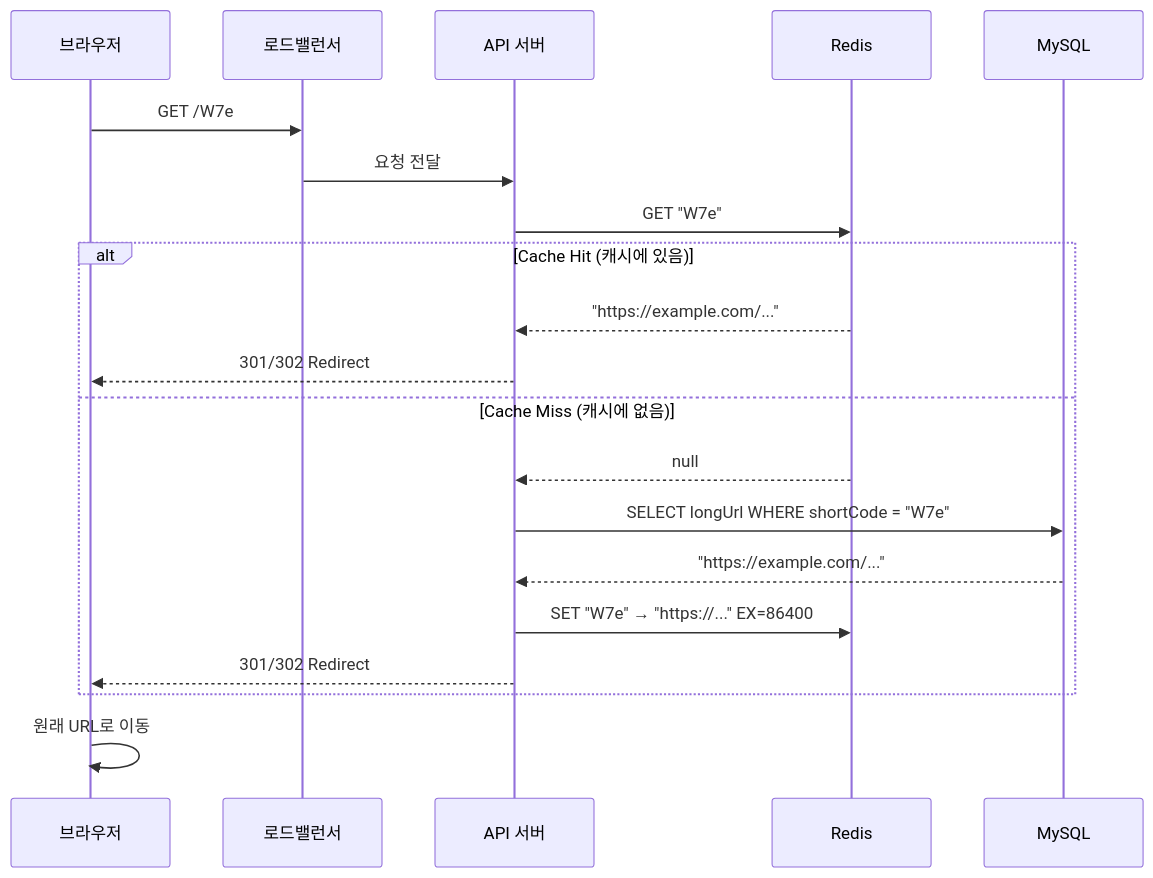
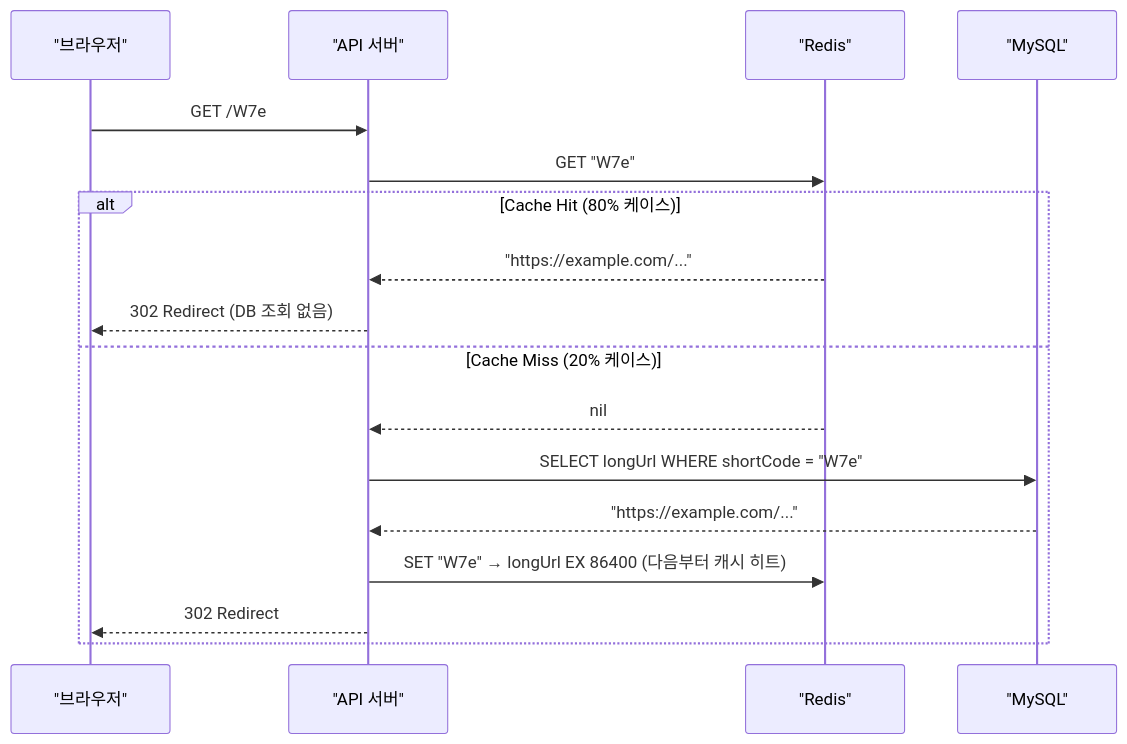
The fourth of 7 diagrams in _posts/systemdesign/2026-05-02-system-design-url-shortener.md (yjkim2015/yjkim2015.github.io), drawn with Mermaid before and after one commit. The commit also changed other lines of this file and 122 other files, not shown here.

````diff
--- a/_posts/systemdesign/2026-05-02-system-design-url-shortener.md
+++ b/_posts/systemdesign/2026-05-02-system-design-url-shortener.md
@@ -203,26 +152,20 @@
 ```mermaid
 sequenceDiagram
-    participant C as 브라우저
-    participant LB as 로드밸런서
-    participant API as API 서버
-    participant Cache as Redis
-    participant DB as MySQL
+    participant C as "브라우저"
+    participant API as "API 서버"
+    participant Cache as "Redis"
+    participant DB as "MySQL"
 
-    C->>LB: GET /W7e
-    LB->>API: 요청 전달
-
+    C->>API: GET /W7e
     API->>Cache: GET "W7e"
-
-    alt Cache Hit (캐시에 있음)
+    alt Cache Hit (80% 케이스)
         Cache-->>API: "https://example.com/..."
-        API-->>C: 301/302 Redirect
-    else Cache Miss (캐시에 없음)
-        Cache-->>API: null
+        API-->>C: 302 Redirect (DB 조회 없음)
+    else Cache Miss (20% 케이스)
+        Cache-->>API: nil
         API->>DB: SELECT longUrl WHERE shortCode = "W7e"
         DB-->>API: "https://example.com/..."
-        API->>Cache: SET "W7e" → "https://..." EX=86400
-        API-->>C: 301/302 Redirect
+        API->>Cache: SET "W7e" → longUrl EX 86400 (다음부터 캐시 히트)
+        API-->>C: 302 Redirect
     end
-
-    C->>C: 원래 URL로 이동
 ```
````
